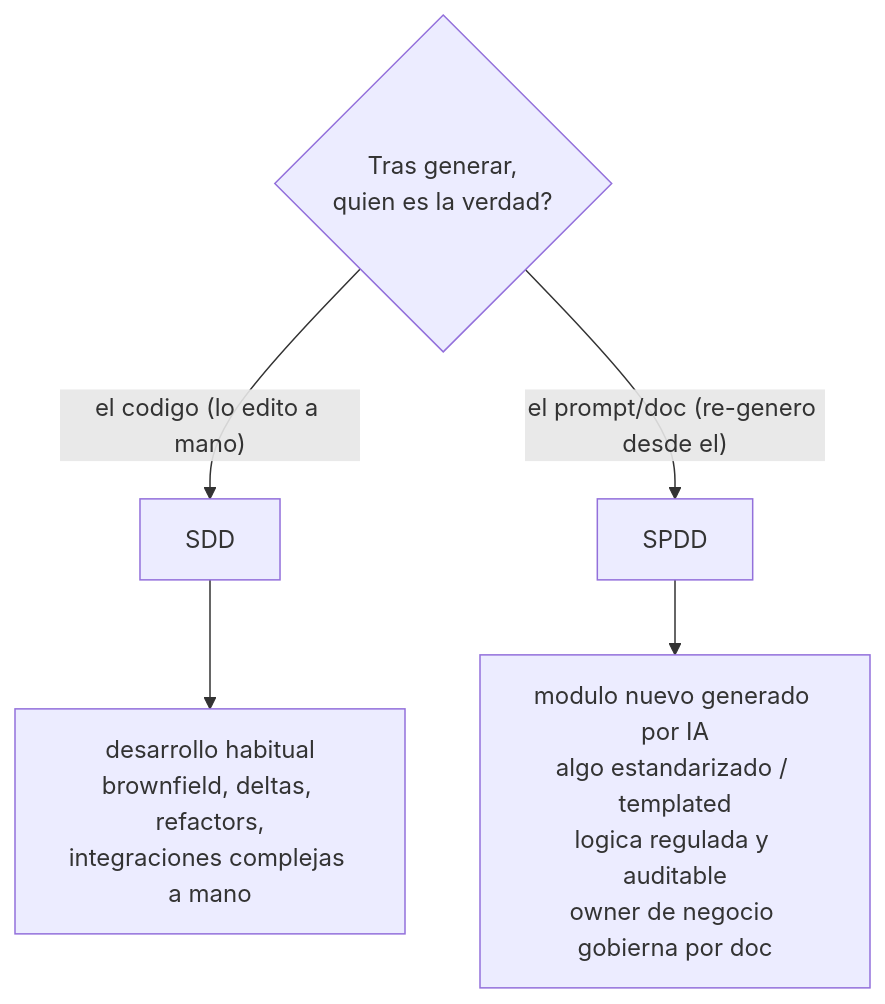
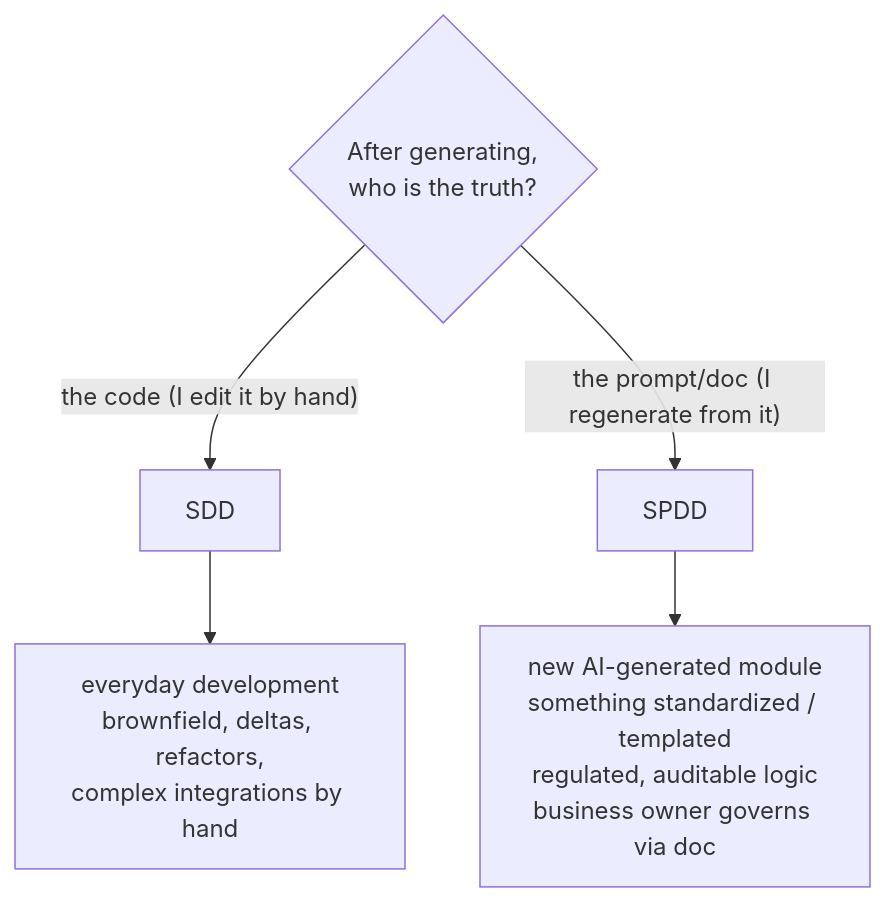
Before and after one commit to grojof/ai-workspace-generator: the second of 2 diagrams in docs/project/methodologies.md, drawn with Mermaid. The commit also changed other lines of this file and 16 other files, not shown here.

````diff
--- a/docs/project/methodologies.md
+++ b/docs/project/methodologies.md
@@ -54,8 +54,8 @@
 ```mermaid
 flowchart TD
-  Q{"Tras generar,<br/>quien es la verdad?"}
-  Q -->|"el codigo (lo edito a mano)"| SDD["SDD"]
-  Q -->|"el prompt/doc (re-genero desde el)"| SPDD["SPDD"]
-  SDD --> N1["desarrollo habitual<br/>brownfield, deltas, refactors,<br/>integraciones complejas a mano"]
-  SPDD --> N2["modulo nuevo generado por IA<br/>algo estandarizado / templated<br/>logica regulada y auditable<br/>owner de negocio gobierna por doc"]
+  Q{"After generating,<br/>who is the truth?"}
+  Q -->|"the code (I edit it by hand)"| SDD["SDD"]
+  Q -->|"the prompt/doc (I regenerate from it)"| SPDD["SPDD"]
+  SDD --> N1["everyday development<br/>brownfield, deltas, refactors,<br/>complex integrations by hand"]
+  SPDD --> N2["new AI-generated module<br/>something standardized / templated<br/>regulated, auditable logic<br/>business owner governs via doc"]
 ```
````
